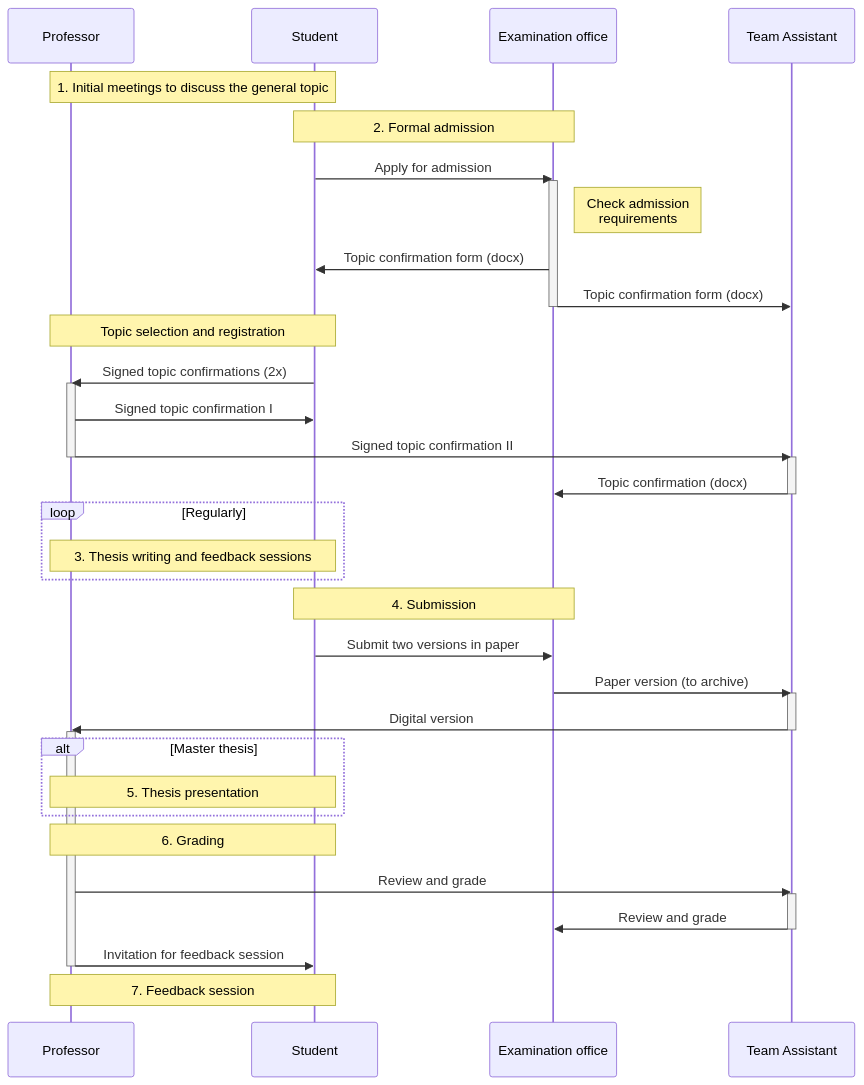
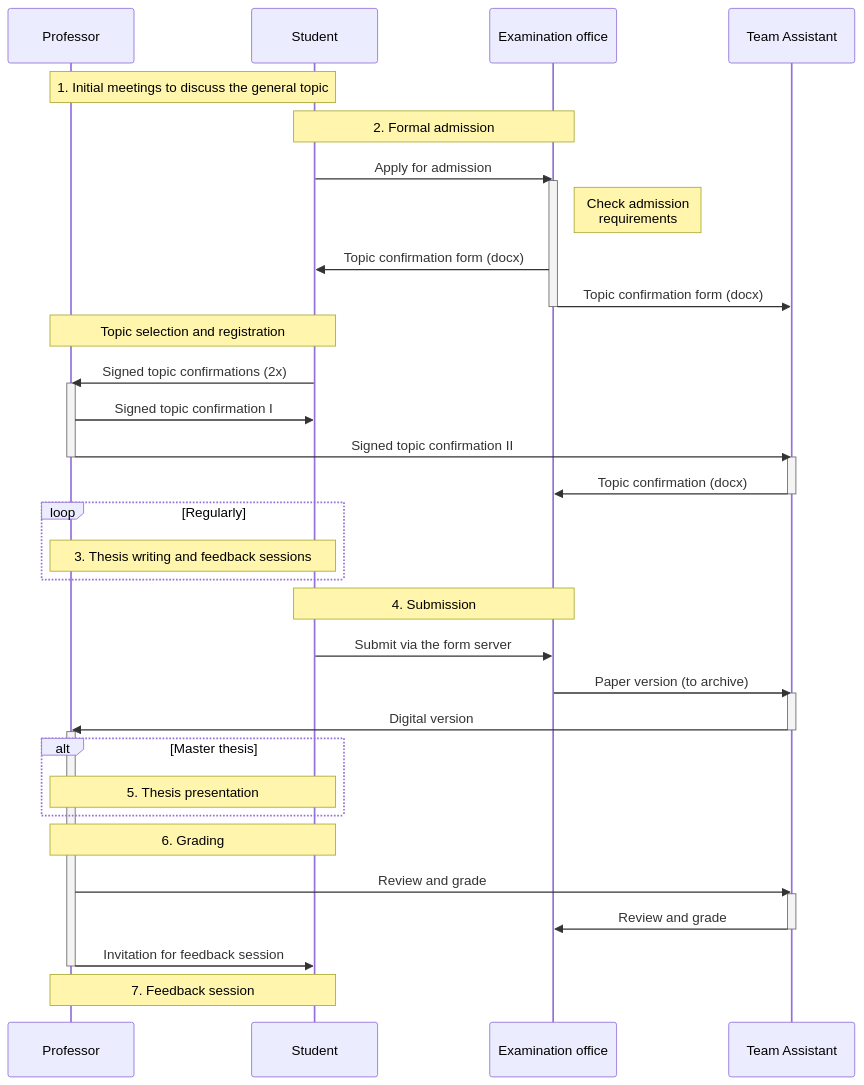
One commit to digital-work-lab/handbook changed the diagram in docs/30-teaching/30_processes/30.40.theses.md. Above: the diagram before and after it, drawn with Mermaid.

````diff
--- a/docs/30-teaching/30_processes/30.40.theses.md
+++ b/docs/30-teaching/30_processes/30.40.theses.md
@@ -24,41 +24,41 @@
 ```mermaid
 sequenceDiagram
     Note over Professor,Student: 1. Initial meetings to discuss the general topic
     Note over Student,Examination office: 2. Formal admission
     Student->>Examination office: Apply for admission
     activate Examination office
     Note right of Examination office: Check admission<br/>requirements
     Examination office->>Student: Topic confirmation form (docx)
     Examination office->>Team Assistant: Topic confirmation form (docx)
     deactivate Examination office
     Note over Professor,Student: Topic selection and registration
     Student->>Professor: Signed topic confirmations (2x)
     activate Professor
     Professor->>Student: Signed topic confirmation I
     Professor->>Team Assistant: Signed topic confirmation II
     deactivate Professor
     activate Team Assistant
     Team Assistant->>Examination office: Topic confirmation (docx)
     deactivate Team Assistant
     loop Regularly
         Note over Professor,Student: 3. Thesis writing and feedback sessions
     end
         Note over Student,Examination office: 4. Submission
-    Student->>Examination office: Submit two versions in paper
+    Student->>Examination office: Submit via the form server
     Examination office->>Team Assistant: Paper version (to archive)
     activate Team Assistant
     Team Assistant->>Professor: Digital version
     deactivate Team Assistant
     activate Professor
     alt Master thesis
         Note over Professor,Student: 5. Thesis presentation
     end
     Note over Professor,Student: 6. Grading
     Professor->>Team Assistant: Review and grade
     activate Team Assistant
     Team Assistant->>Examination office: Review and grade
     deactivate Team Assistant
     Professor->>Student: Invitation for feedback session
     deactivate Professor
     Note over Professor,Student: 7. Feedback session
 ```
````
